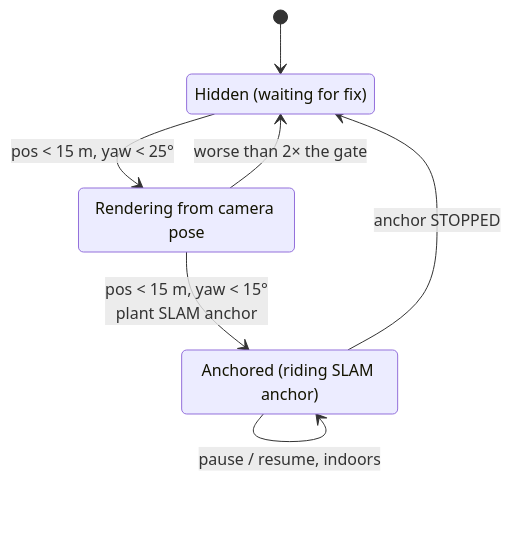
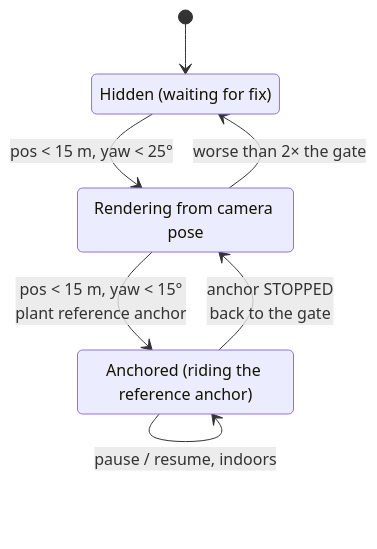
Before and after one commit to jonborchardt/blog: the second of 2 diagrams in src/content/posts/worldlock-ar-window/index.mdx, drawn with Mermaid. The commit also changed other lines of this file and 3 other files, not shown here.

````diff
--- a/src/content/posts/worldlock-ar-window/index.mdx
+++ b/src/content/posts/worldlock-ar-window/index.mdx
@@ -115,14 +116,14 @@
 ```mermaid
 stateDiagram-v2
   accTitle: Georegistration states, from first fix to reference anchor
-  accDescr: The app starts hidden. When Geospatial position accuracy is under 15 metres and yaw under 25 degrees it renders using the camera pose as origin, dropping back to hidden if accuracy degrades past twice those bounds. The first time yaw accuracy is also under 15 degrees it plants a SLAM anchor and becomes anchored; that state survives pause and resume and indoor use, and is left only if ARCore stops tracking the anchor.
+  accDescr: The app starts hidden. When Geospatial position accuracy is under 15 metres and yaw under 25 degrees it renders using the camera pose as origin, dropping back to hidden if accuracy degrades past twice those bounds. The first time yaw accuracy is also under 15 degrees it plants a reference anchor, an ARCore geospatial anchor, and becomes anchored; that state survives pause and resume and indoor use. If ARCore stops tracking the anchor the app falls back to the accuracy gate, rendering from the camera pose or hiding, and re-plants the anchor when the tight fix returns.
   [*] --> Hidden
   Hidden --> CameraOrigin: pos < 15 m, yaw < 25°
   CameraOrigin --> Hidden: worse than 2× the gate
-  CameraOrigin --> Anchored: pos < 15 m, yaw < 15°<br/>plant SLAM anchor
+  CameraOrigin --> Anchored: pos < 15 m, yaw < 15°<br/>plant reference anchor
   Anchored --> Anchored: pause / resume, indoors
-  Anchored --> Hidden: anchor STOPPED
+  Anchored --> CameraOrigin: anchor STOPPED<br/>back to the gate
   state "Hidden (waiting for fix)" as Hidden
   state "Rendering from camera pose" as CameraOrigin
-  state "Anchored (riding SLAM anchor)" as Anchored
+  state "Anchored (riding the reference anchor)" as Anchored
 ```
````
